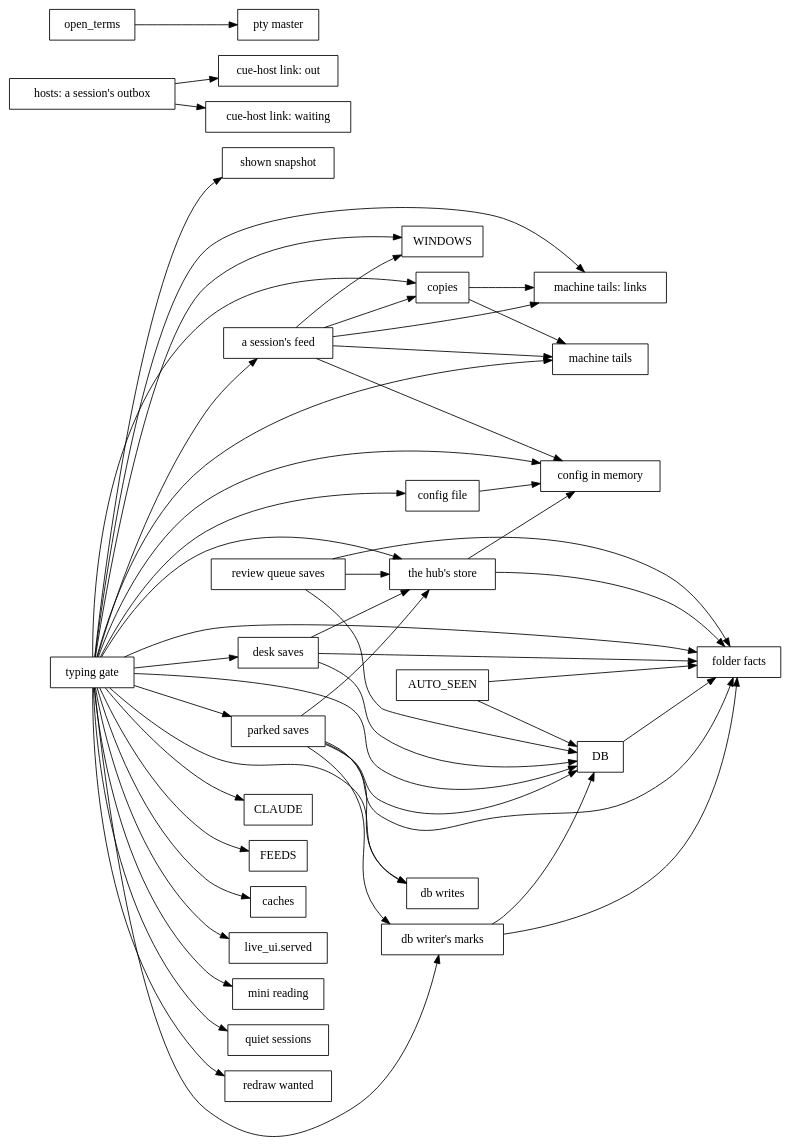
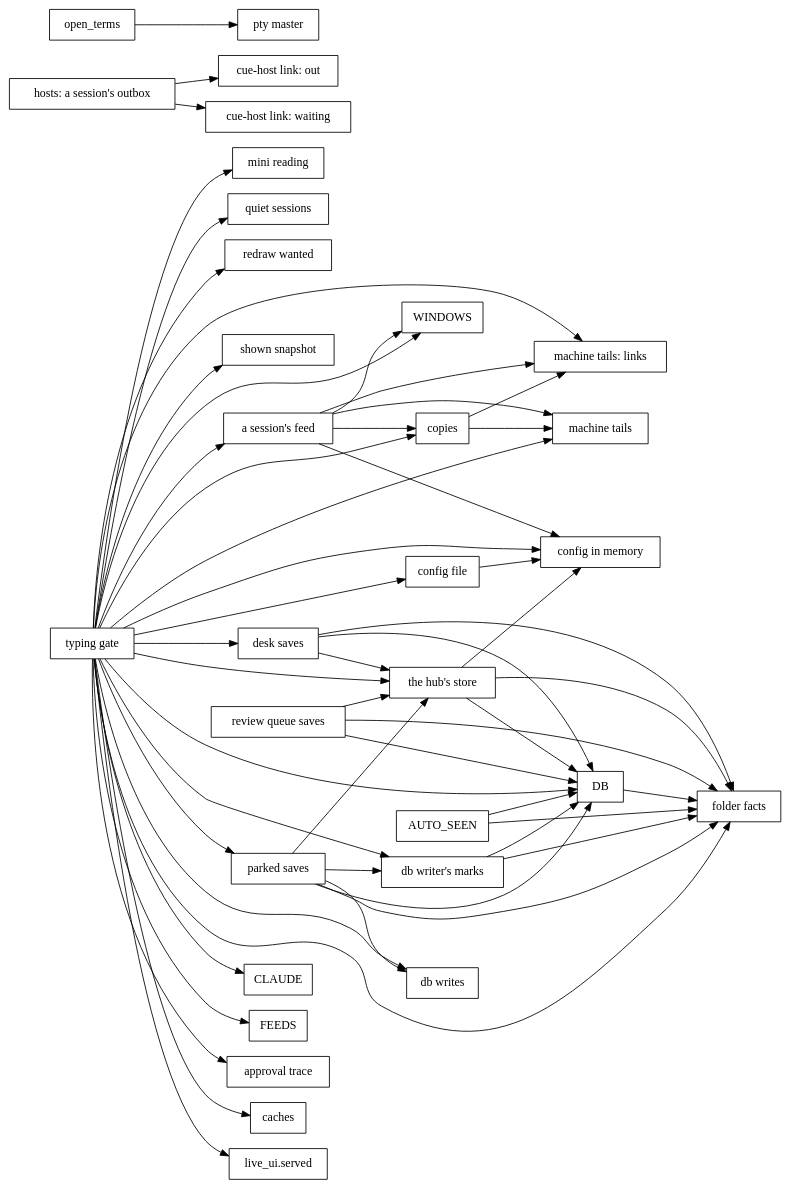
The diagram in docs/dev/lock-graph.dot (spacegrowth/cue), drawn with Graphviz before and after one commit. The commit also changed 163 other files, not shown here.

```diff
--- a/docs/dev/lock-graph.dot
+++ b/docs/dev/lock-graph.dot
@@ -1,56 +1,58 @@
 // Generated by `cargo run -p xtask -- inventory`; don't edit by hand.
 digraph locks {
   rankdir=LR;
   node [shape=box];
   "AUTO_SEEN" -> "DB";
   "AUTO_SEEN" -> "folder facts";
   "DB" -> "folder facts";
   "a session's feed" -> "WINDOWS";
   "a session's feed" -> "config in memory";
   "a session's feed" -> "copies";
   "a session's feed" -> "machine tails";
   "a session's feed" -> "machine tails: links";
   "config file" -> "config in memory";
   "copies" -> "machine tails";
   "copies" -> "machine tails: links";
   "db writer's marks" -> "DB";
   "db writer's marks" -> "folder facts";
   "desk saves" -> "DB";
   "desk saves" -> "folder facts";
   "desk saves" -> "the hub's store";
   "hosts: a session's outbox" -> "cue-host link: out";
   "hosts: a session's outbox" -> "cue-host link: waiting";
   "open_terms" -> "pty master";
   "parked saves" -> "DB";
   "parked saves" -> "db writer's marks";
   "parked saves" -> "db writes";
   "parked saves" -> "folder facts";
   "parked saves" -> "the hub's store";
   "review queue saves" -> "DB";
   "review queue saves" -> "folder facts";
   "review queue saves" -> "the hub's store";
+  "the hub's store" -> "DB";
   "the hub's store" -> "config in memory";
   "the hub's store" -> "folder facts";
   "typing gate" -> "CLAUDE";
   "typing gate" -> "DB";
   "typing gate" -> "FEEDS";
   "typing gate" -> "WINDOWS";
   "typing gate" -> "a session's feed";
+  "typing gate" -> "approval trace";
   "typing gate" -> "caches";
   "typing gate" -> "config file";
   "typing gate" -> "config in memory";
   "typing gate" -> "copies";
   "typing gate" -> "db writer's marks";
   "typing gate" -> "db writes";
   "typing gate" -> "desk saves";
   "typing gate" -> "folder facts";
   "typing gate" -> "live_ui.served";
   "typing gate" -> "machine tails";
   "typing gate" -> "machine tails: links";
   "typing gate" -> "mini reading";
   "typing gate" -> "parked saves";
   "typing gate" -> "quiet sessions";
   "typing gate" -> "redraw wanted";
   "typing gate" -> "shown snapshot";
   "typing gate" -> "the hub's store";
 }
```
